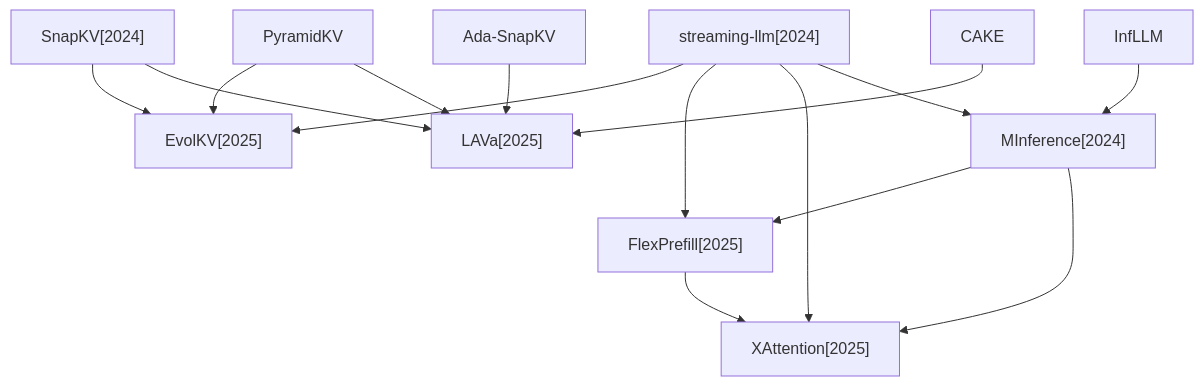
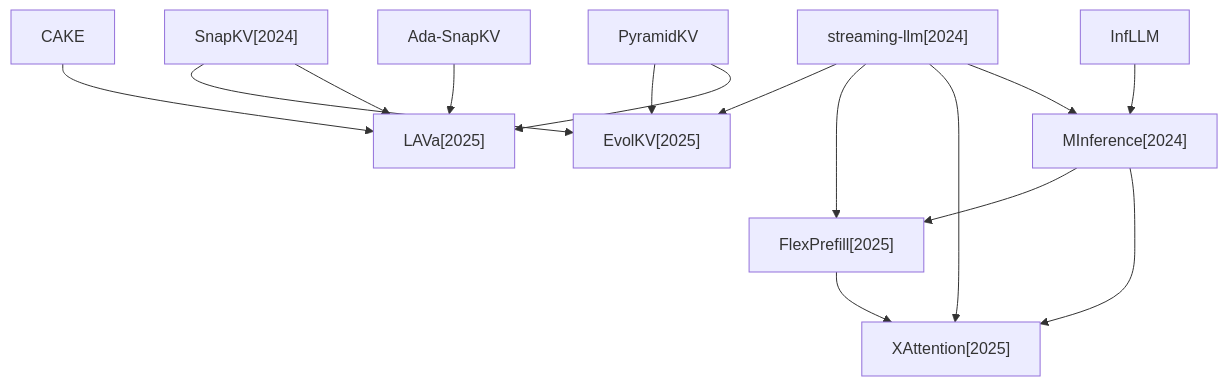
Before and after one commit to hustzxd/EfficientPaper: the third of 4 diagrams in docs/baseline_methods_graph.md, drawn with Mermaid. The commit also changed other lines of this file and 21 other files, not shown here.

````diff
--- a/docs/baseline_methods_graph.md
+++ b/docs/baseline_methods_graph.md
@@ -36,28 +44,28 @@
 ```mermaid
 flowchart TD
+    2025_LAVa["LAVa[2025]"]
     2025_EvolKV["EvolKV[2025]"]
+    InfLLM["InfLLM"]
+    2025_FlexPrefill["FlexPrefill[2025]"]
+    2024_SnapKV["SnapKV[2024]"]
+    CAKE["CAKE"]
     2024_streaming_llm["streaming-llm[2024]"]
-    2024_SnapKV["SnapKV[2024]"]
+    Ada_SnapKV["Ada-SnapKV"]
     PyramidKV["PyramidKV"]
-    2025_LAVa["LAVa[2025]"]
-    Ada_SnapKV["Ada-SnapKV"]
-    CAKE["CAKE"]
-    2025_FlexPrefill["FlexPrefill[2025]"]
     2024_MInference["MInference[2024]"]
     2025_XAttention["XAttention[2025]"]
-    InfLLM["InfLLM"]
+    InfLLM --> 2024_MInference
+    2025_FlexPrefill --> 2025_XAttention
+    2024_SnapKV --> 2025_EvolKV
+    2024_SnapKV --> 2025_LAVa
+    CAKE --> 2025_LAVa
     2024_streaming_llm --> 2025_EvolKV
     2024_streaming_llm --> 2025_FlexPrefill
     2024_streaming_llm --> 2025_XAttention
     2024_streaming_llm --> 2024_MInference
-    2024_SnapKV --> 2025_EvolKV
-    2024_SnapKV --> 2025_LAVa
+    Ada_SnapKV --> 2025_LAVa
     PyramidKV --> 2025_EvolKV
     PyramidKV --> 2025_LAVa
-    Ada_SnapKV --> 2025_LAVa
-    CAKE --> 2025_LAVa
-    2025_FlexPrefill --> 2025_XAttention
     2024_MInference --> 2025_FlexPrefill
     2024_MInference --> 2025_XAttention
-    InfLLM --> 2024_MInference
 ```
````
